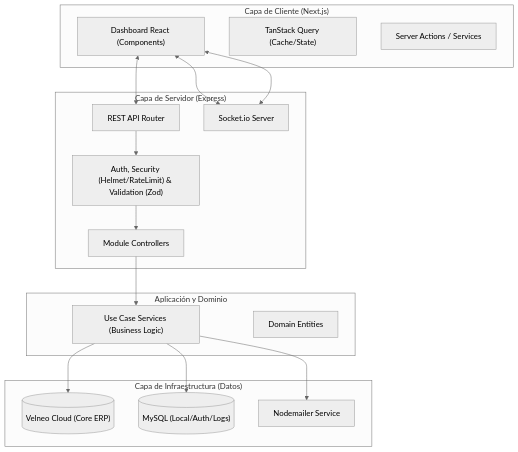
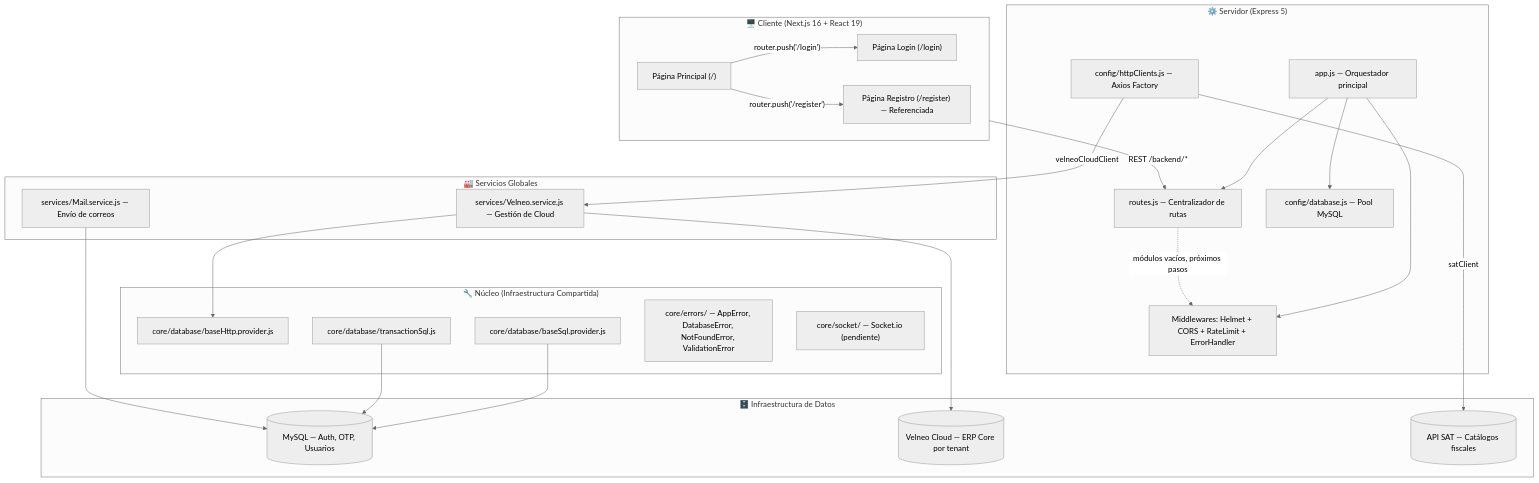
Before and after one commit to arturomiranda/ds-qs: the second of 5 diagrams in web/Datta-Erp_Blueprint.md, drawn with Mermaid (neutral theme). The commit also changed other lines of this file, not shown here.

````diff
--- a/web/Datta-Erp_Blueprint.md
+++ b/web/Datta-Erp_Blueprint.md
@@ -46,36 +156,50 @@
 ```mermaid
 graph TD
-    subgraph Client ["Capa de Cliente (Next.js)"]
-        UI["Dashboard React (Components)"]
-        RQ["TanStack Query (Cache/State)"]
-        Actions["Server Actions / Services"]
+    subgraph Frontend ["🖥️ Cliente (Next.js 16 + React 19)"]
+        HP["Página Principal (/)"]
+        LP["Página Login (/login)"]
+        RP["Página Registro (/register) — Referenciada"]
     end
 
-    subgraph API ["Capa de Servidor (Express)"]
-        Router["REST API Router"]
-        WS["Socket.io Server"]
-        Middleware["Auth, Security (Helmet/RateLimit) & Validation (Zod)"]
-        Controllers["Module Controllers"]
+    subgraph Backend ["⚙️ Servidor (Express 5)"]
+        APP["app.js — Orquestador principal"]
+        ROUTER["routes.js — Centralizador de rutas"]
+        MW["Middlewares: Helmet + CORS + RateLimit + ErrorHandler"]
+        CONFIG_DB["config/database.js — Pool MySQL"]
+        CONFIG_HTTP["config/httpClients.js — Axios Factory"]
     end
 
-    subgraph Logic ["Aplicación y Dominio"]
-        Services["Use Case Services (Business Logic)"]
-        Entities["Domain Entities"]
+    subgraph Core ["🔧 Núcleo (Infraestructura Compartida)"]
+        BASE_HTTP["core/database/baseHttp.provider.js"]
+        BASE_SQL["core/database/baseSql.provider.js"]
+        TX_SQL["core/database/transactionSql.js"]
+        ERRORS["core/errors/ — AppError, DatabaseError, NotFoundError, ValidationError"]
+        SOCKET["core/socket/ — Socket.io (pendiente)"]
     end
 
-    subgraph Data ["Capa de Infraestructura (Datos)"]
-        Velneo[("Velneo Cloud (Core ERP)")]
-        MySQL[("MySQL (Local/Auth/Logs)")]
-        Mail["Nodemailer Service"]
+    subgraph Services ["🏭 Servicios Globales"]
+        VELNEO["services/Velneo.service.js — Gestión de Cloud"]
+        MAIL["services/Mail.service.js — Envío de correos"]
     end
 
-    UI <--> Router
-    UI <--> WS
-    Router --> Middleware
-    Middleware --> Controllers
-    Controllers --> Services
-    Services --> Velneo
-    Services --> MySQL
-    Services --> Mail
-    WS <--> UI
+    subgraph Data ["🗄️ Infraestructura de Datos"]
+        MYSQL[("MySQL — Auth, OTP, Usuarios")]
+        VELNEO_CLOUD[("Velneo Cloud — ERP Core por tenant")]
+        SAT_API[("API SAT — Catálogos fiscales")]
+    end
+
+    HP -->|"router.push('/login')"| LP
+    HP -->|"router.push('/register')"| RP
+    Frontend -->|"REST /backend/*"| ROUTER
+    APP --> MW
+    APP --> ROUTER
+    APP --> CONFIG_DB
+    ROUTER -.->|"módulos vacíos, próximos pasos"| MW
+    CONFIG_HTTP -->|"velneoCloudClient"| VELNEO
+    CONFIG_HTTP -->|"satClient"| SAT_API
+    VELNEO --> BASE_HTTP
+    VELNEO --> VELNEO_CLOUD
+    BASE_SQL --> MYSQL
+    TX_SQL --> MYSQL
+    MAIL --> MYSQL
 ```
````
